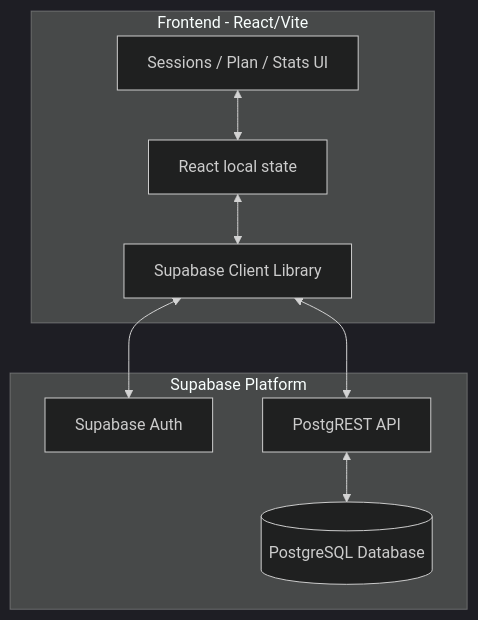
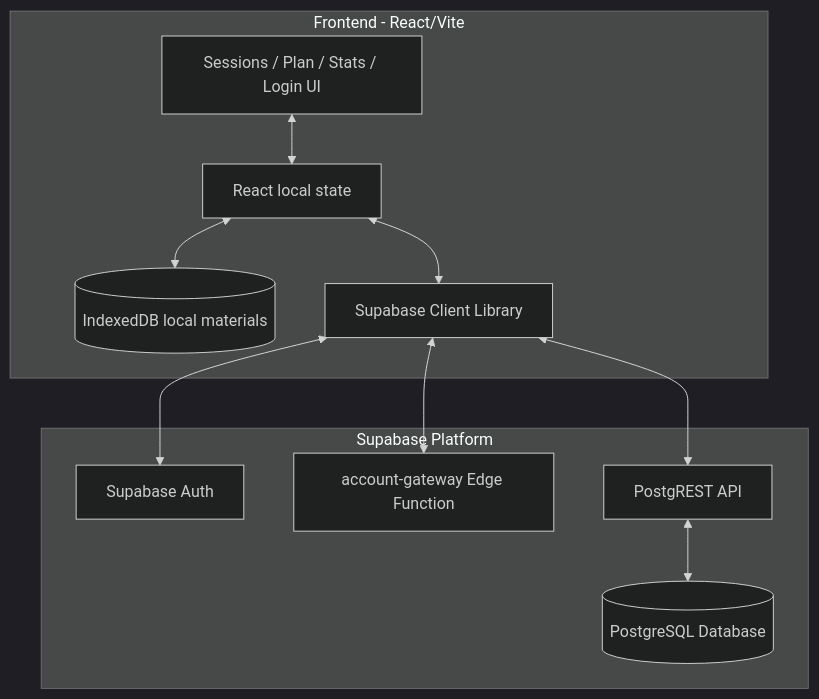
One commit to pro100seva-stack/guitar-practice-hub changed the diagram in docs/architecture.md. Above: the diagram before and after it, drawn with Mermaid (dark theme). The commit also changed other lines of this file and 13 other files, not shown here.

````diff
--- a/docs/architecture.md
+++ b/docs/architecture.md
@@ -7,20 +7,24 @@
 ```mermaid
 graph TD
     subgraph Client_Side [Frontend - React/Vite]
-        UI[Sessions / Plan / Stats UI]
+        UI[Sessions / Plan / Stats / Login UI]
         State[React local state]
+        LocalStore[(IndexedDB local materials)]
         SupabaseClient[Supabase Client Library]
     end
 
     subgraph Backend_as_a_Service [Supabase Platform]
         Auth[Supabase Auth]
+        Edge[account-gateway Edge Function]
         API[PostgREST API]
         DB[(PostgreSQL Database)]
     end
 
     UI <--> State
     State <--> SupabaseClient
+    State <--> LocalStore
     SupabaseClient <--> Auth
+    SupabaseClient <--> Edge
     SupabaseClient <--> API
     API <--> DB
 ```
````
